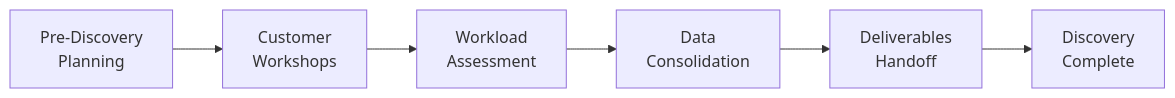
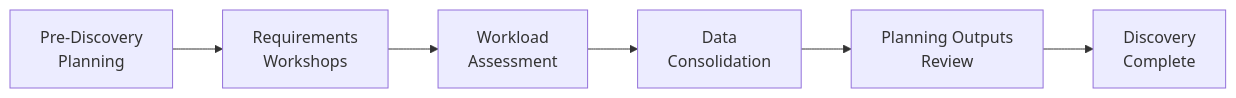
The diagram in docs/planning/discovery-sessions/index.mdx (AzureLocal/azurelocal.github.io), drawn with Mermaid before and after one commit. The commit also changed other lines of this file and 10 other files, not shown here.

````diff
--- a/docs/planning/discovery-sessions/index.mdx
+++ b/docs/planning/discovery-sessions/index.mdx
@@ -46,8 +46,8 @@
 ```mermaid
 flowchart LR
- A["Pre-Discovery<br/>Planning"] --> B["Customer<br/>Workshops"]
+ A["Pre-Discovery<br/>Planning"] --> B["Requirements<br/>Workshops"]
  B --> C["Workload<br/>Assessment"]
  C --> D["Data<br/>Consolidation"]
- D --> E["Deliverables<br/>Handoff"]
+ D --> E["Planning Outputs<br/>Review"]
  E --> F["Discovery<br/>Complete"]
 ```
````
